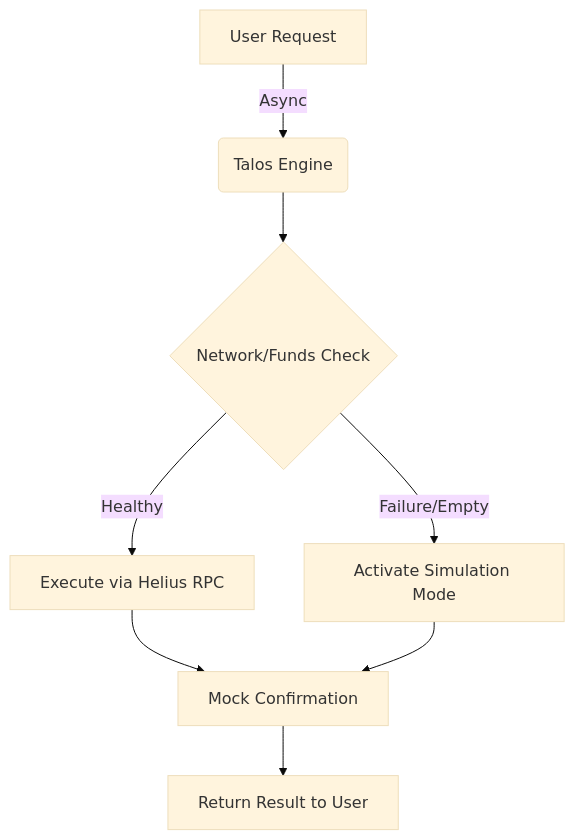
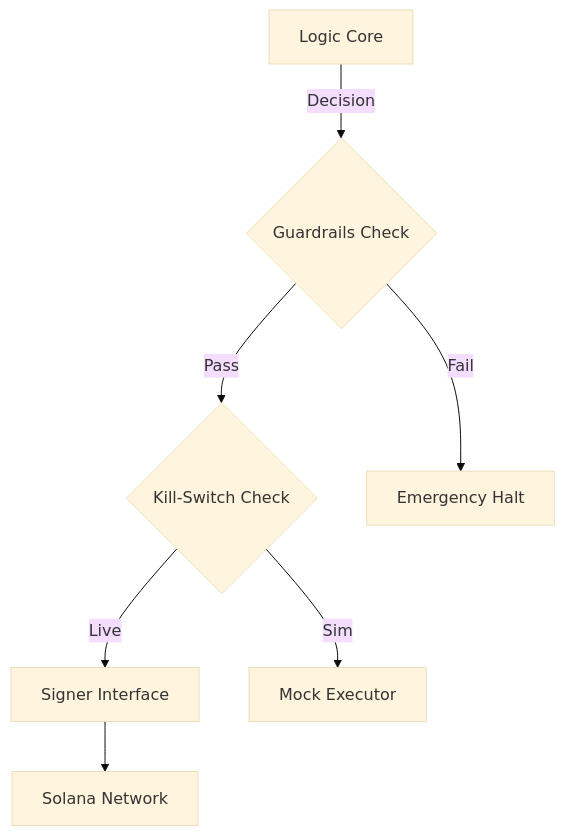
Before and after one commit to ABT-T/talos_vault: the diagram in README.md, drawn with Mermaid (base theme). The commit also changed other lines of this file and 4 other files, not shown here.

Commit message:
Refactor: Implement Security Guardrails, Signer Abstraction, and updated Threat Model

````diff
--- a/README.md
+++ b/README.md
@@ -40,10 +31,9 @@
 ```mermaid
 graph TD
-    A[User Request] -->|Async| B(Talos Engine)
-    B --> C{Network/Funds Check}
-    C -->|Healthy| D[Execute via Helius RPC]
-    C -->|Failure/Empty| E[Activate Simulation Mode]
-    D --> F[On-Chain Confirmation]
-    E --> F[Mock Confirmation]
-    F --> G[Return Result to User]
+    A[Logic Core] -->|Decision| B{Guardrails Check}
+    B -->|Pass| C{Kill-Switch Check}
+    B -->|Fail| X[Emergency Halt]
+    C -->|Live| D[Signer Interface]
+    C -->|Sim| E[Mock Executor]
+    D --> F[Solana Network]
 ```
````
